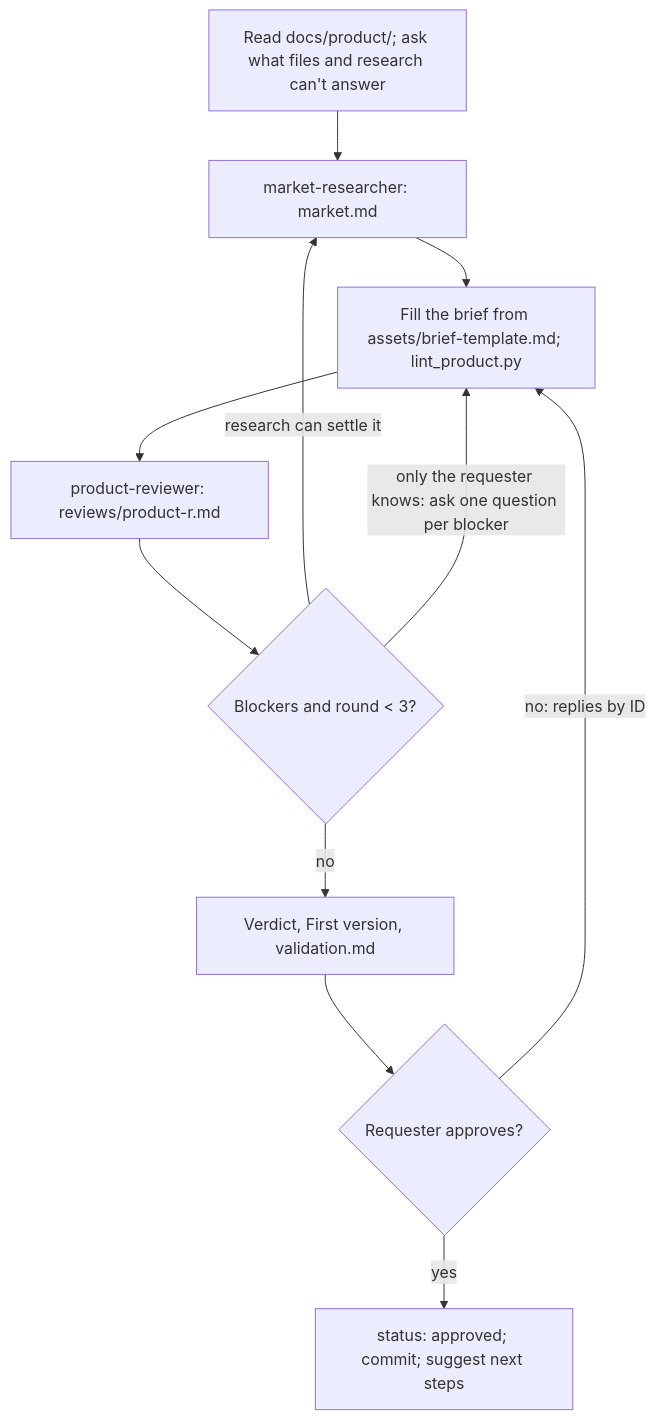
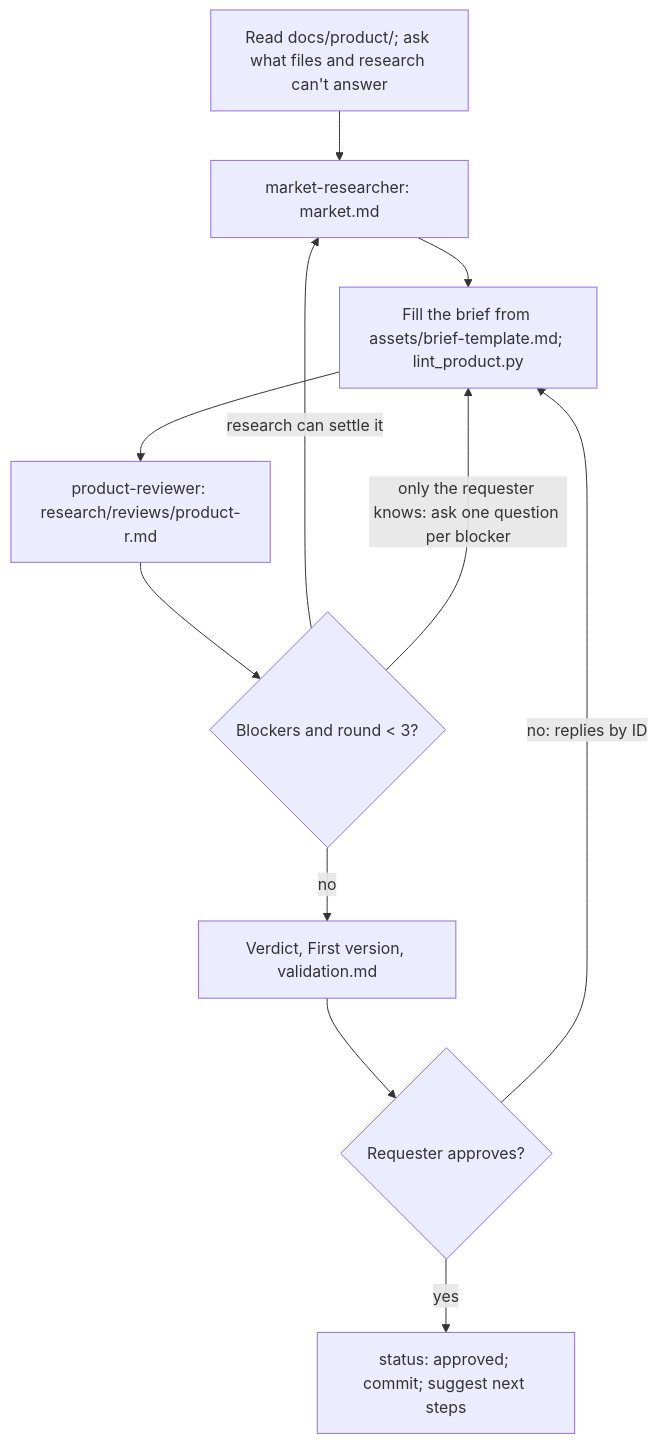
One commit to nateshernandez/skills changed the diagram in skills/define-product/SKILL.md. Above: the diagram before and after it, drawn with Mermaid. The commit also changed other lines of this file and 18 other files, not shown here.

````diff
--- a/skills/define-product/SKILL.md
+++ b/skills/define-product/SKILL.md
@@ -26,13 +26,13 @@
 ```mermaid
 flowchart TD
   A["Read docs/product/; ask what files and research can't answer"] --> B["market-researcher: market.md"]
   B --> C["Fill the brief from assets/brief-template.md; lint_product.py"]
-  C --> D["product-reviewer: reviews/product-r<n>.md"]
+  C --> D["product-reviewer: research/reviews/product-r<n>.md"]
   D --> E{"Blockers and round < 3?"}
   E -- "research can settle it" --> B
   E -- "only the requester knows: ask one question per blocker" --> C
   E -- no --> F["Verdict, First version, validation.md"]
   F --> G{"Requester approves?"}
   G -- "no: replies by ID" --> C
   G -- yes --> H["status: approved; commit; suggest next steps"]
 ```
````
